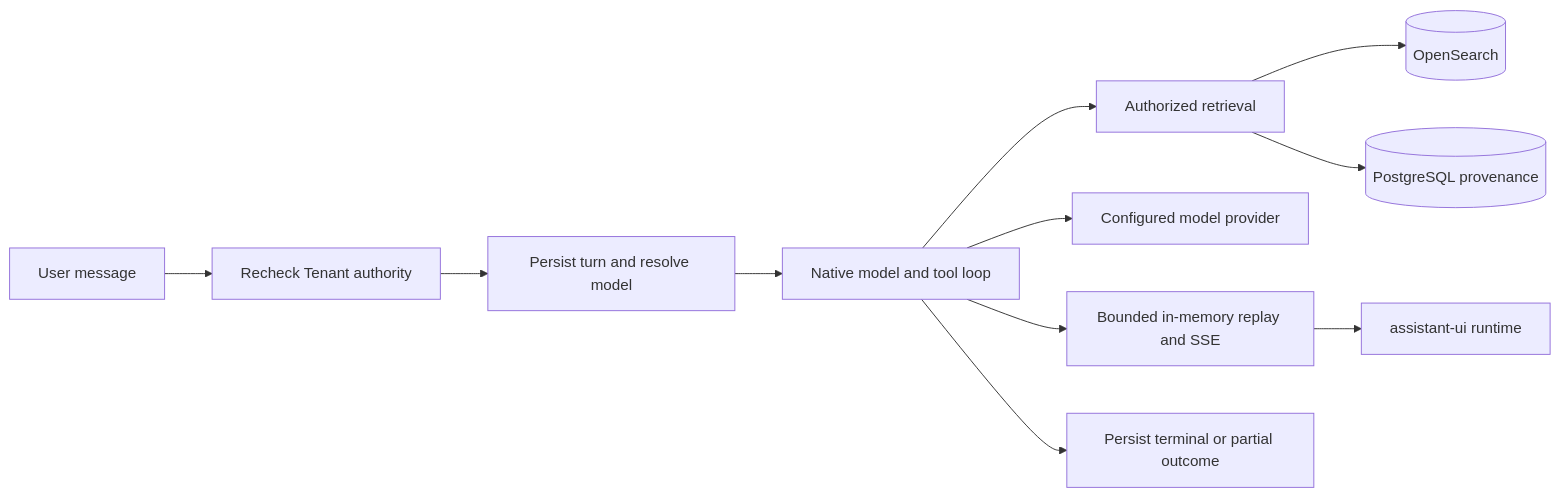
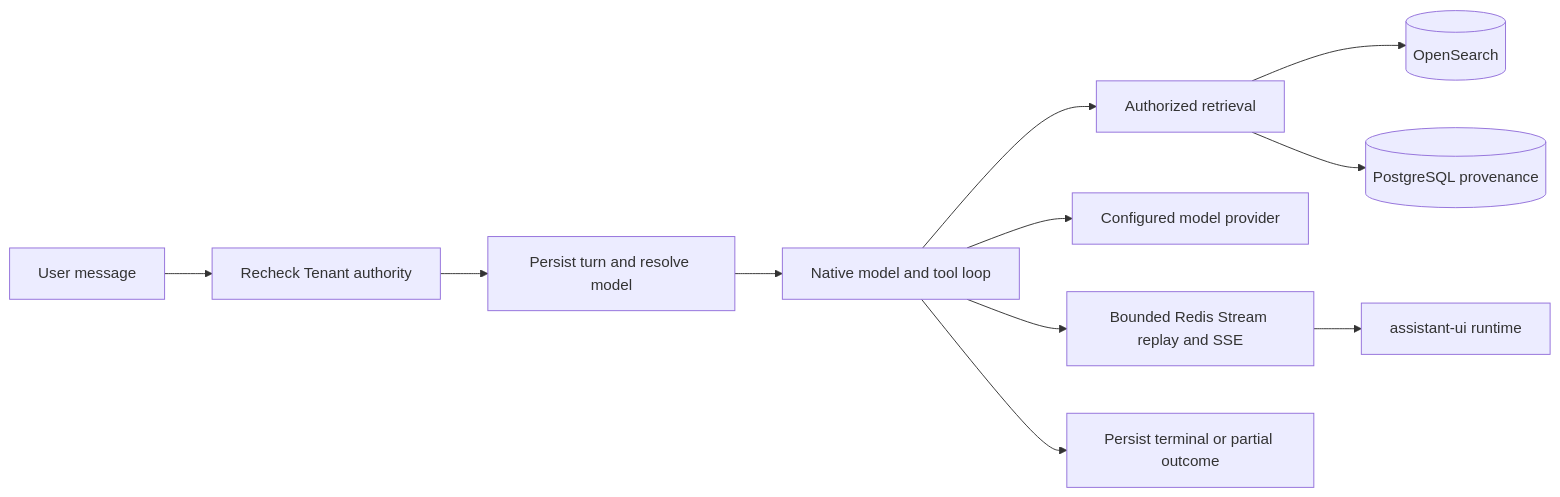
One commit to kl3inIT/MemoryOS changed the fourth of 6 diagrams in ARCHITECTURE.md. Above: the diagram before and after it, drawn with Mermaid. The commit also changed other lines of this file and 4 other files, not shown here.

First line of the commit message:
docs: sync ARCHITECTURE, README and runbooks with the current code

````diff
--- a/ARCHITECTURE.md
+++ b/ARCHITECTURE.md
@@ -215,13 +226,13 @@
 ```mermaid
 flowchart LR
     Q[User message] --> AUTH[Recheck Tenant authority]
     AUTH --> ADMIT[Persist turn and resolve model]
     ADMIT --> LOOP[Native model and tool loop]
     LOOP --> RET[Authorized retrieval]
     RET --> OS[(OpenSearch)]
     RET --> PG[(PostgreSQL provenance)]
     LOOP --> MODEL[Configured model provider]
-    LOOP --> SSE[Bounded in-memory replay and SSE]
+    LOOP --> SSE[Bounded Redis Stream replay and SSE]
     SSE --> UI[assistant-ui runtime]
     LOOP --> OUTCOME[Persist terminal or partial outcome]
 ```
````
